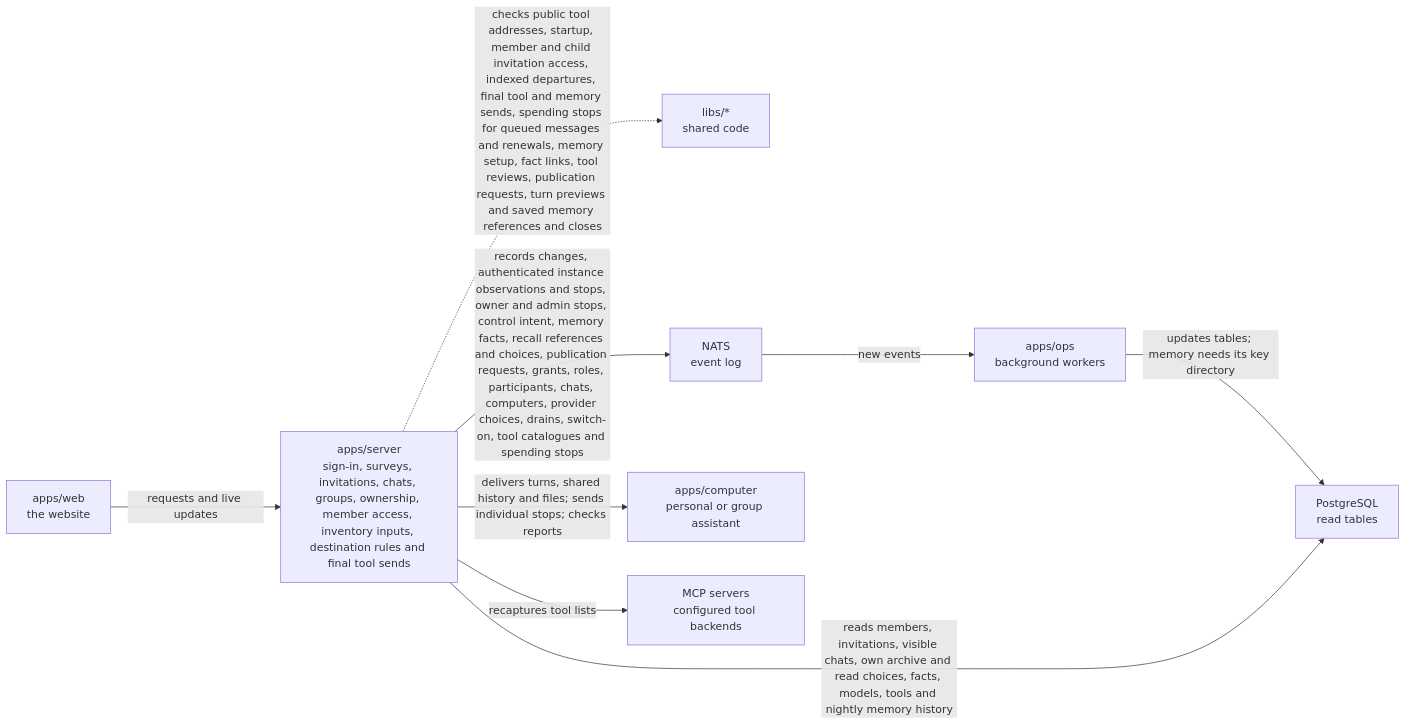
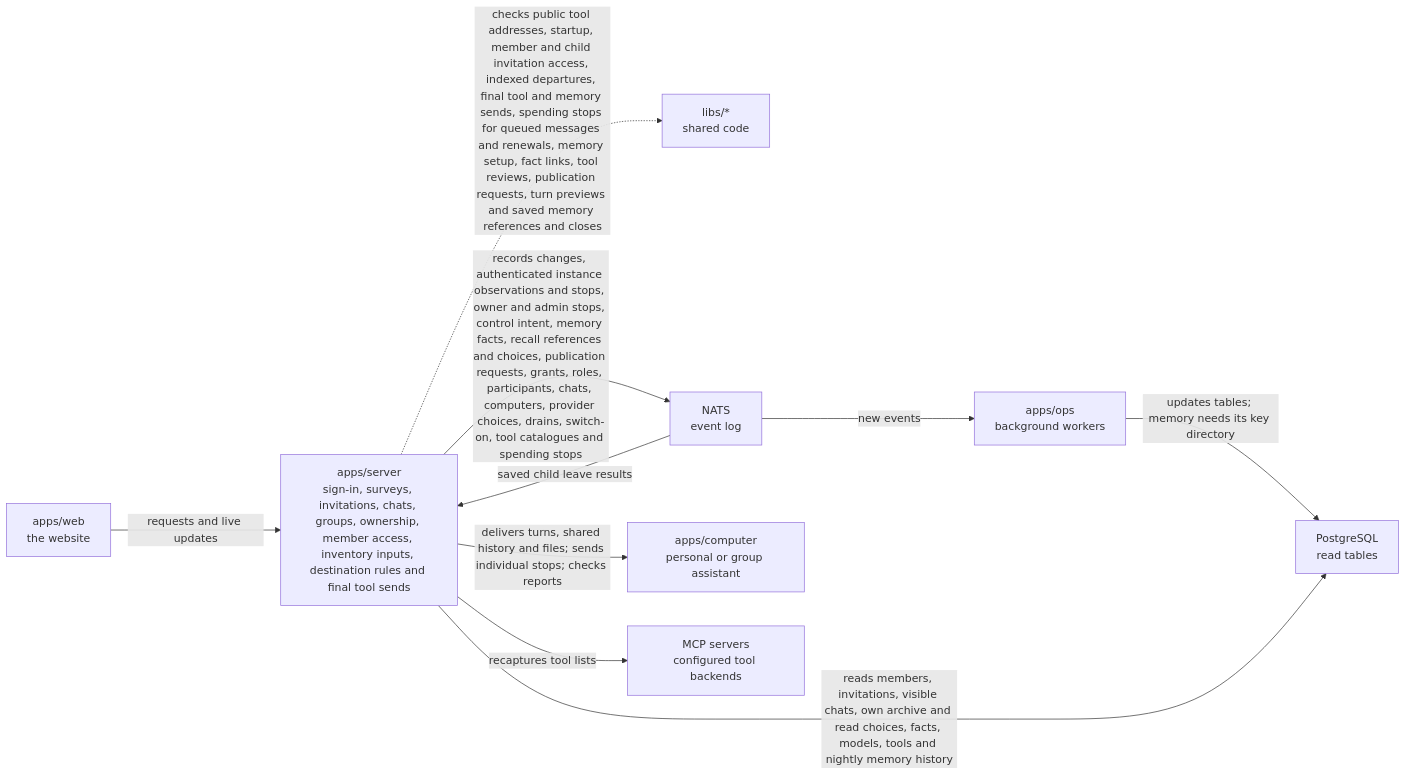
One commit to elewa-git/opencrane-new changed the diagram in apps/server/README.md. Above: the diagram before and after it, drawn with Mermaid. The commit also changed other lines of this file and 5 other files, not shown here.

Commit message:
🩹 Recover saved child chat leave results without restoring access

````diff
--- a/apps/server/README.md
+++ b/apps/server/README.md
@@ -11,11 +11,12 @@
 ```mermaid
 flowchart LR
   web["apps/web<br/>the website"] -->|requests and live updates| server["apps/server<br/>sign-in, surveys, invitations, chats, groups, ownership, member access, inventory inputs, destination rules and final tool sends"]
   server -.->|checks public tool addresses, startup, member and child invitation access, indexed departures, final tool and memory sends, spending stops for queued messages and renewals, memory setup, fact links, tool reviews, publication requests, turn previews and saved memory references and closes| libs["libs/*<br/>shared code"]
   server -->|records changes, authenticated instance observations and stops, owner and admin stops, control intent, memory facts, recall references and choices, publication requests, grants, roles, participants, chats, computers, provider choices, drains, switch-on, tool catalogues and spending stops| nats["NATS<br/>event log"]
+  nats -->|saved child leave results| server
   nats -->|new events| ops["apps/ops<br/>background workers"]
   ops -->|updates tables; memory needs its key directory| postgres["PostgreSQL<br/>read tables"]
   server -->|reads members, invitations, visible chats, own archive and read choices, facts, models, tools and nightly memory history| postgres
   server -->|delivers turns, shared history and files; sends individual stops; checks reports| computer["apps/computer<br/>personal or group assistant"]
   server -->|recaptures tool lists| mcp["MCP servers<br/>configured tool backends"]
 ```
````
